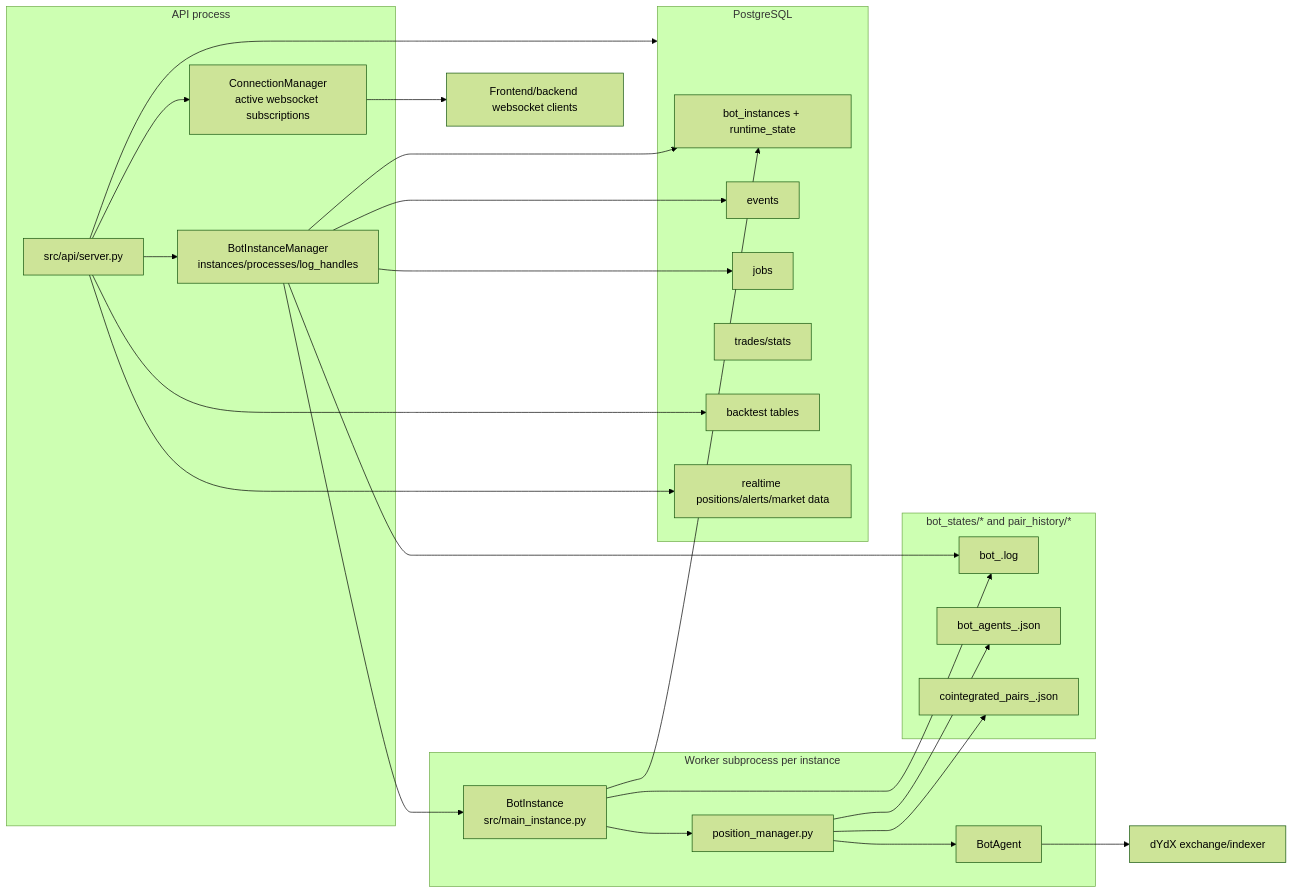
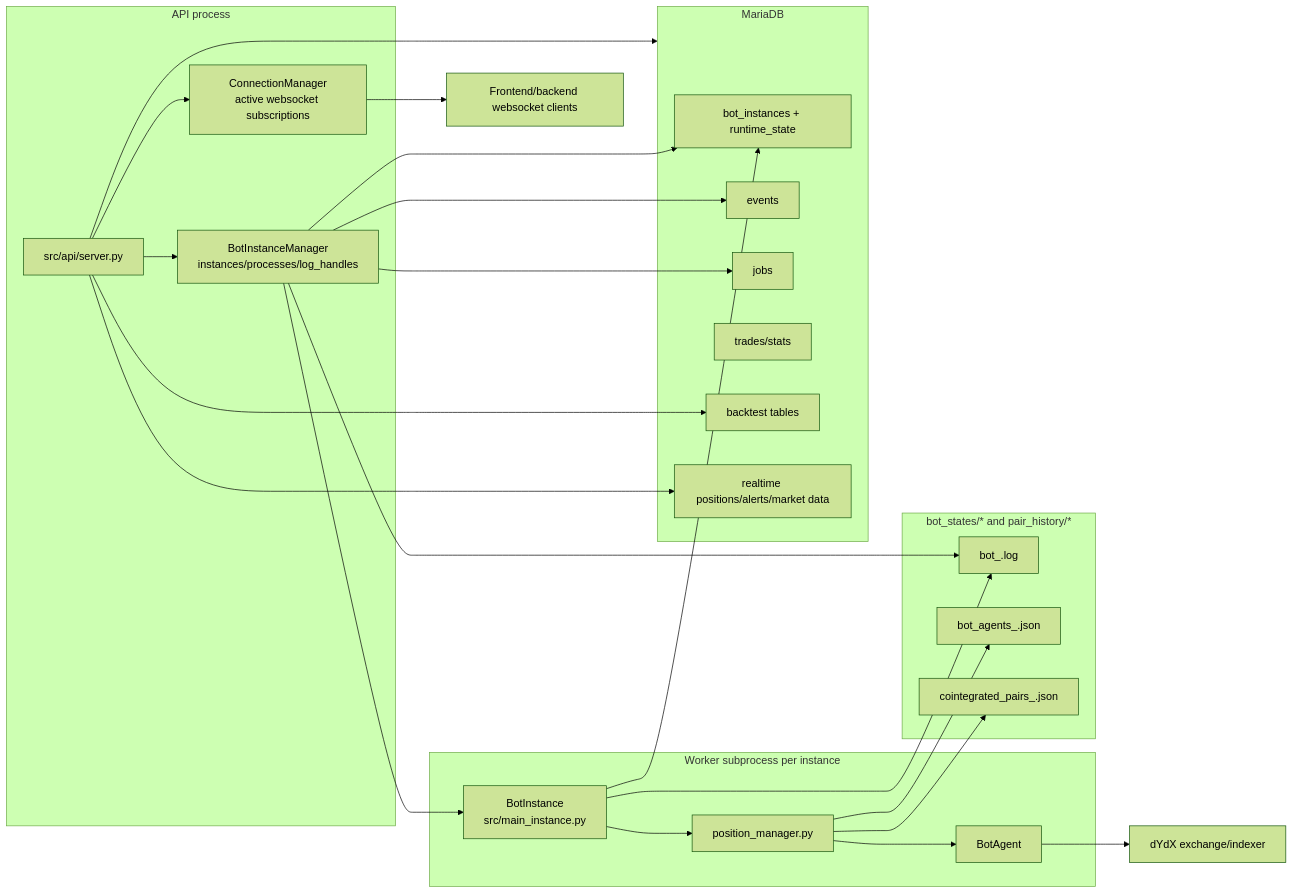
One commit to cploutarchou/dydx-trading-bot changed the ninth of 9 diagrams in bot/docs/BOT_FLOWS.md. Above: the diagram before and after it, drawn with Mermaid (forest theme). The commit also changed other lines of this file and 128 other files, not shown here.

First line of the commit message:
feat: migrate from PostgreSQL to MariaDB 11.4

````diff
--- a/bot/docs/BOT_FLOWS.md
+++ b/bot/docs/BOT_FLOWS.md
@@ -546,48 +546,48 @@
 ```mermaid
 flowchart LR
     subgraph APIProcess["API process"]
         API["src/api/server.py"]
         Manager["BotInstanceManager<br/>instances/processes/log_handles"]
         WS["ConnectionManager<br/>active websocket subscriptions"]
     end
 
     subgraph WorkerProcess["Worker subprocess per instance"]
         Worker["BotInstance<br/>src/main_instance.py"]
         EntryExit["position_manager.py"]
         Agent["BotAgent"]
     end
 
     subgraph Files["bot_states/* and pair_history/*"]
         LogFile["bot_<id>.log"]
         AgentsFile["bot_agents_<id>.json"]
         PairsFile["cointegrated_pairs_<id>.json"]
     end
 
-    subgraph Database["PostgreSQL"]
+    subgraph Database["MariaDB"]
         Bots["bot_instances + runtime_state"]
         Events["events"]
         Jobs["jobs"]
         Trades["trades/stats"]
         Backtests["backtest tables"]
         Realtime["realtime positions/alerts/market data"]
     end
 
     API --> Manager
     API --> Database
     API --> WS
     Manager --> Bots
     Manager --> Events
     Manager --> Jobs
     Manager --> LogFile
     Manager --> Worker
     Worker --> Bots
     Worker --> LogFile
     Worker --> EntryExit
     EntryExit --> AgentsFile
     EntryExit --> PairsFile
     EntryExit --> Agent
     Agent --> Exchange["dYdX exchange/indexer"]
     API --> Backtests
     API --> Realtime
     WS --> Client["Frontend/backend websocket clients"]
 ```
````
